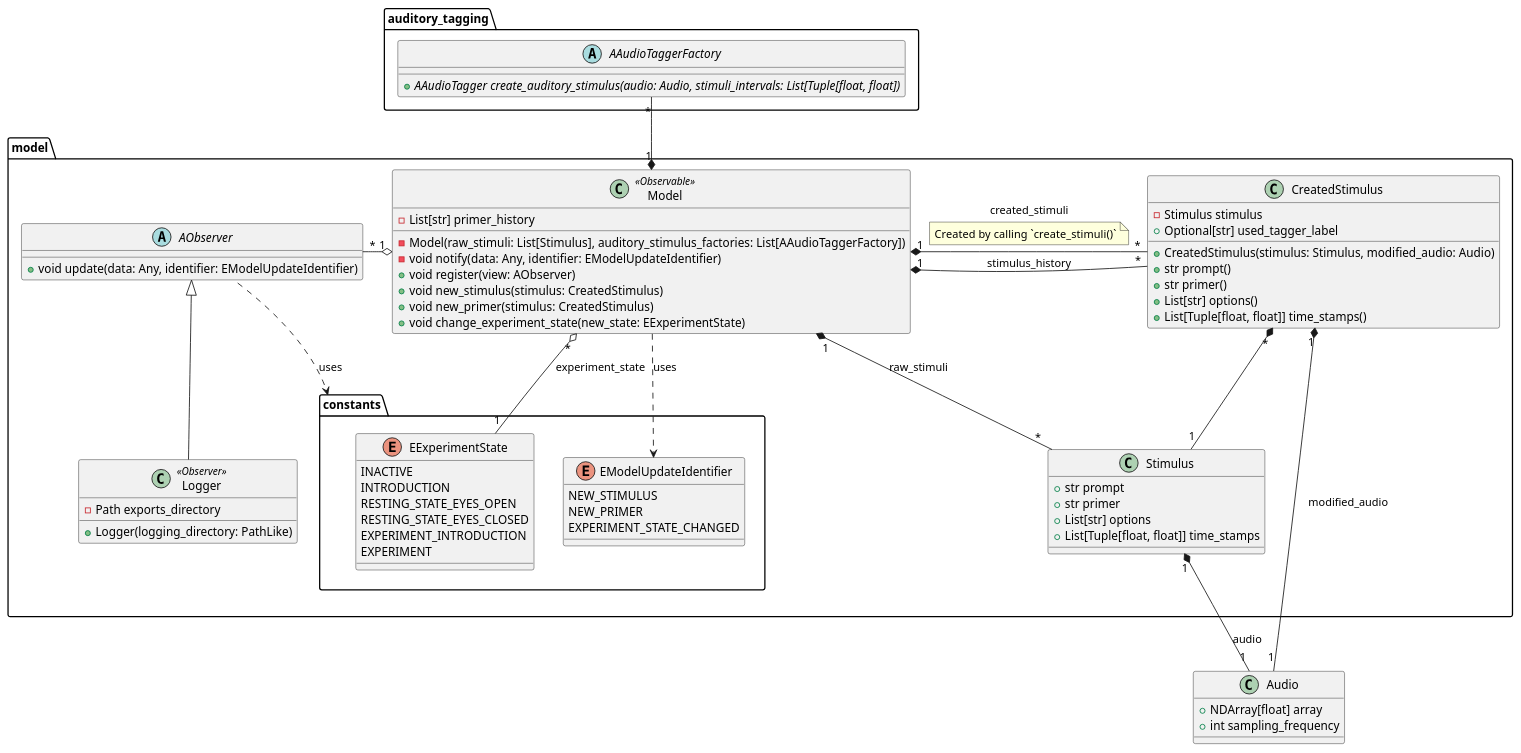
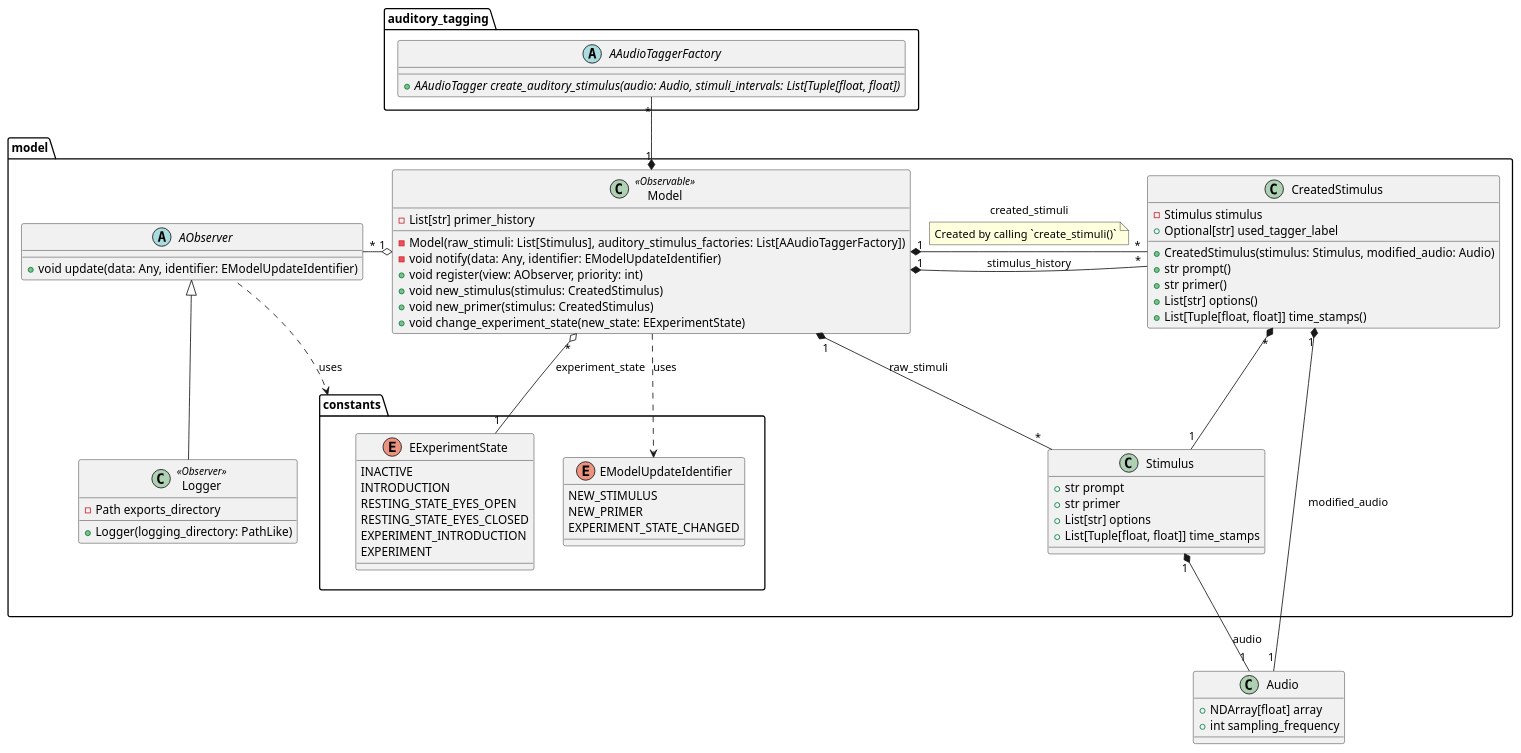
The diagram in diagrams/plantuml/class/model_class.puml (michalrzak/auditory-intention-decoding), drawn with PlantUML before and after one commit. The commit also changed 3 other files, not shown here.

```diff
--- a/diagrams/plantuml/class/model_class.puml
+++ b/diagrams/plantuml/class/model_class.puml
@@ -1,88 +1,88 @@
 @startuml
 
 class Audio {
     +NDArray[float] array
     +int sampling_frequency
 }
 package auditory_tagging {
    abstract class AAudioTaggerFactory {
       +AAudioTagger {abstract} create_auditory_stimulus(audio: Audio, stimuli_intervals: List[Tuple[float, float])
     }
 }
 
 package model {
     abstract class AObserver {
         +void update(data: Any, identifier: EModelUpdateIdentifier)
     }
 
     class Model <<Observable>>{
         -List[str] primer_history
 
         -Model(raw_stimuli: List[Stimulus], auditory_stimulus_factories: List[AAudioTaggerFactory])
         -void notify(data: Any, identifier: EModelUpdateIdentifier)
-        +void register(view: AObserver)
+        +void register(view: AObserver, priority: int)
         +void new_stimulus(stimulus: CreatedStimulus)
         +void new_primer(stimulus: CreatedStimulus)
         +void change_experiment_state(new_state: EExperimentState)
     }
 
     class Logger<<Observer>> {
         -Path exports_directory
         +Logger(logging_directory: PathLike)
     }
     Logger -u-|> AObserver
 
     package constants {
     enum EExperimentState {
         INACTIVE
         INTRODUCTION
         RESTING_STATE_EYES_OPEN
         RESTING_STATE_EYES_CLOSED
         EXPERIMENT_INTRODUCTION
         EXPERIMENT
     }
 
     enum EModelUpdateIdentifier {
         NEW_STIMULUS
         NEW_PRIMER
         EXPERIMENT_STATE_CHANGED
     }
     }
 
     class Stimulus {
         +str prompt
         +str primer
         +List[str] options
         +List[Tuple[float, float]] time_stamps
     }
     Stimulus "1" *-- "1" Audio: audio
 
     class CreatedStimulus {
         -Stimulus stimulus
         +Optional[str] used_tagger_label
 
         +CreatedStimulus(stimulus: Stimulus, modified_audio: Audio)
         +str prompt()
         +str primer()
         +List[str] options()
         +List[Tuple[float, float]] time_stamps()
     }
     CreatedStimulus "1" *-l- "1" Audio: modified_audio
 
 
     CreatedStimulus "*" *-- "1" Stimulus
 }
 
 Model "1" *-r- "*" CreatedStimulus: "stimulus_history"
 Model "*" o--- "1" EExperimentState: "experiment_state"
 Model "1" o-l-- "*" AObserver
 Model ..> EModelUpdateIdentifier: "uses"
 
 AObserver .l.> constants: "uses"
 
 Model "1" *-u- "*" AAudioTaggerFactory
 Model "1" *-- "*" Stimulus: raw_stimuli
 Model "1" *-- "*" CreatedStimulus: created_stimuli
 note on link: Created by calling  `create_stimuli()`
 
 @enduml
```
